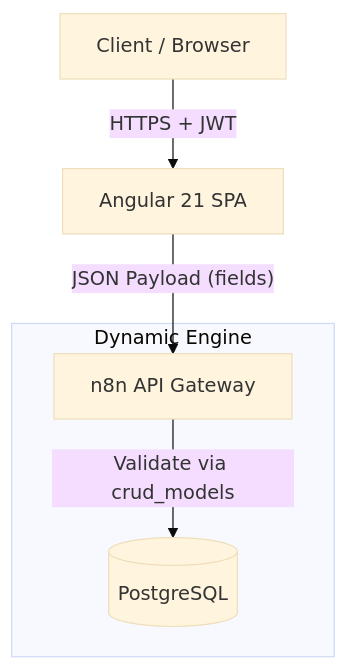
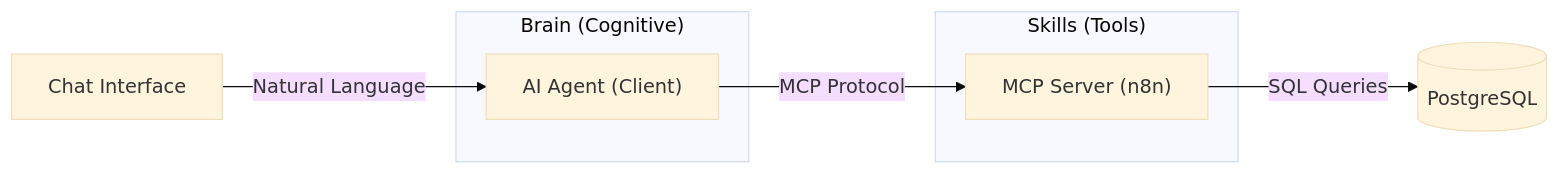
The diagram in hosting3m-workspace/projects/dashboard/ARCHITECTURE.md (fjpimienta/n8n-enterprise-automation-suite), drawn with Mermaid (base theme) before and after one commit. The commit also changed 19 other files, not shown here.

````diff
--- a/hosting3m-workspace/projects/dashboard/ARCHITECTURE.md
+++ b/hosting3m-workspace/projects/dashboard/ARCHITECTURE.md
@@ -14,11 +14,14 @@
 ```mermaid
-graph TD
-    User["Client / Browser"] -->|"HTTPS + JWT"| ANG["Angular 21 SPA"]
-    ANG -->|"JSON Payload (fields)"| N8N["n8n API Gateway"]
-    N8N -->|"Validate via crud_models"| PG[("PostgreSQL")]
+graph LR
+    User["Chat Interface"] -->|"Natural Language"| Agent["AI Agent (Client)"]
+    Agent -->|"MCP Protocol"| Server["MCP Server (n8n)"]
+    Server -->|"SQL Queries"| PG[("PostgreSQL")]
     
-    subgraph "Dynamic Engine"
-    N8N
-    PG
+    subgraph "Brain (Cognitive)"
+    Agent
+    end
+    
+    subgraph "Skills (Tools)"
+    Server
     end
 ```
````
